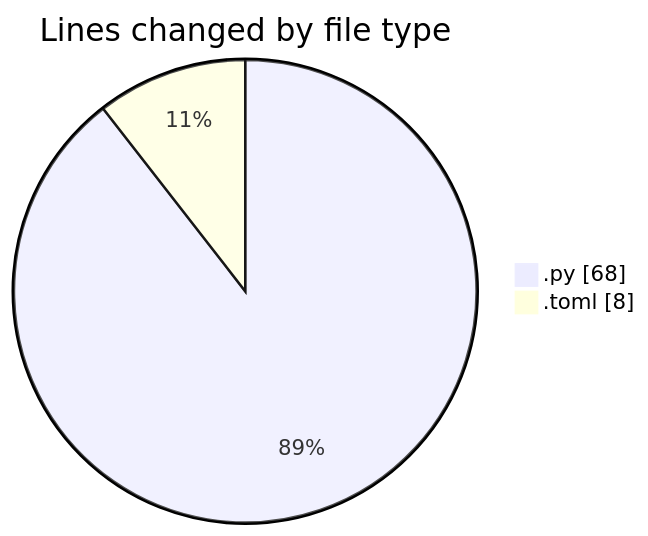
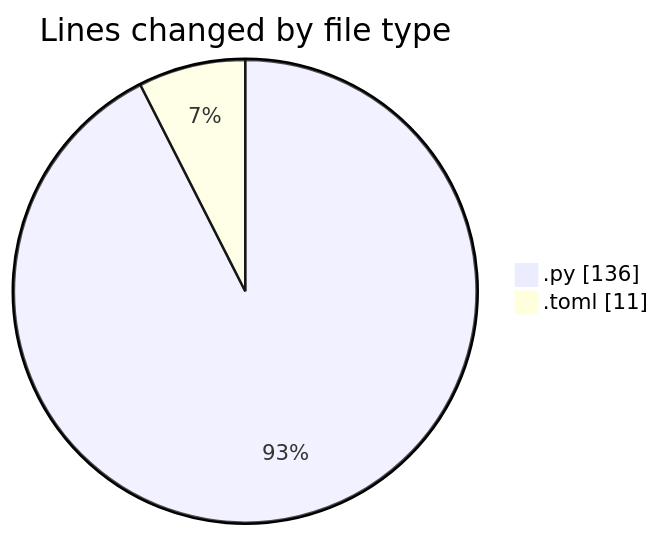
Before and after one commit to trdunsworth/code-tracking: the first of 2 diagrams in 2025-04-09/synth_dist/README.md, drawn with Mermaid. The commit also changed other lines of this file and 1 other file, not shown here.

````diff
--- a/2025-04-09/synth_dist/README.md
+++ b/2025-04-09/synth_dist/README.md
@@ -21,6 +22,6 @@
 ```mermaid
 pie showData
 title Lines changed by file type
-".py" : 68
-".toml" : 8
+".py" : 136
+".toml" : 11
 ```
````
